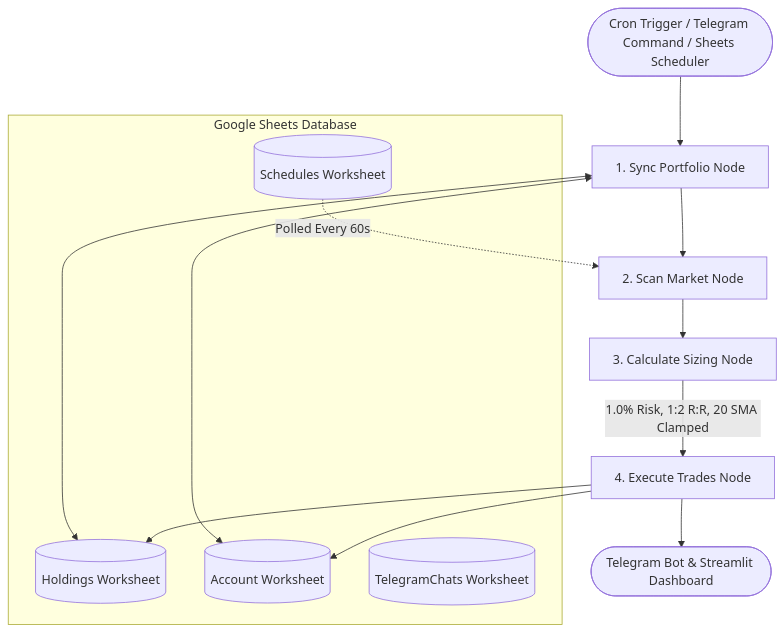
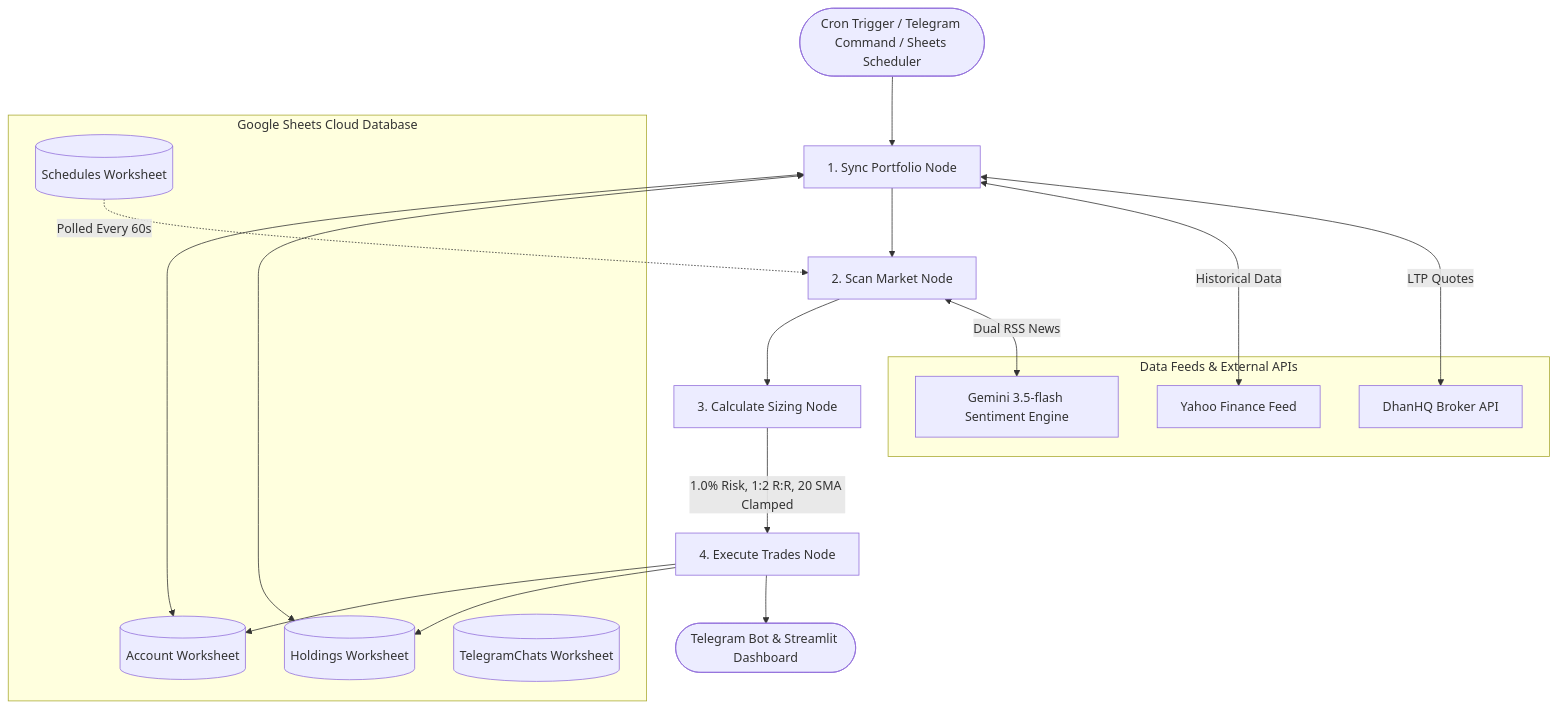
The diagram in README.md (ckbasak/Swing-Trading), drawn with Mermaid before and after one commit. The commit also changed other lines of this file and 2 other files, not shown here.

Commit message:
docs: finalize master documentation, dual-project matrix, and cloud specs

````diff
--- a/README.md
+++ b/README.md
@@ -26,23 +64,33 @@
 ```mermaid
 graph TD
     Trigger([Cron Trigger / Telegram Command / Sheets Scheduler]) --> Node1[1. Sync Portfolio Node]
     
-    subgraph Google Sheets Database
+    subgraph Google Sheets Cloud Database
         Holdings[(Holdings Worksheet)]
         Account[(Account Worksheet)]
         Schedules[(Schedules Worksheet)]
         Chats[(TelegramChats Worksheet)]
     end
 
+    subgraph Data Feeds & External APIs
+        DhanHQ[DhanHQ Broker API]
+        YFin[Yahoo Finance Feed]
+        Gemini[Gemini 3.5-flash Sentiment Engine]
+    end
+
     Node1 <--> Holdings
     Node1 <--> Account
+    Node1 <-- LTP Quotes --> DhanHQ
+    Node1 <-- Historical Data --> YFin
     Node1 --> Node2[2. Scan Market Node]
+    
+    Node2 <-- Dual RSS News --> Gemini
     Node2 --> Node3[3. Calculate Sizing Node]
     Node3 -->|1.0% Risk, 1:2 R:R, 20 SMA Clamped| Node4[4. Execute Trades Node]
     
     Node4 --> Holdings
     Node4 --> Account
     Node4 --> Broadcast([Telegram Bot & Streamlit Dashboard])
     
     Schedules -. Polled Every 60s .-> Node2
 ```
````
